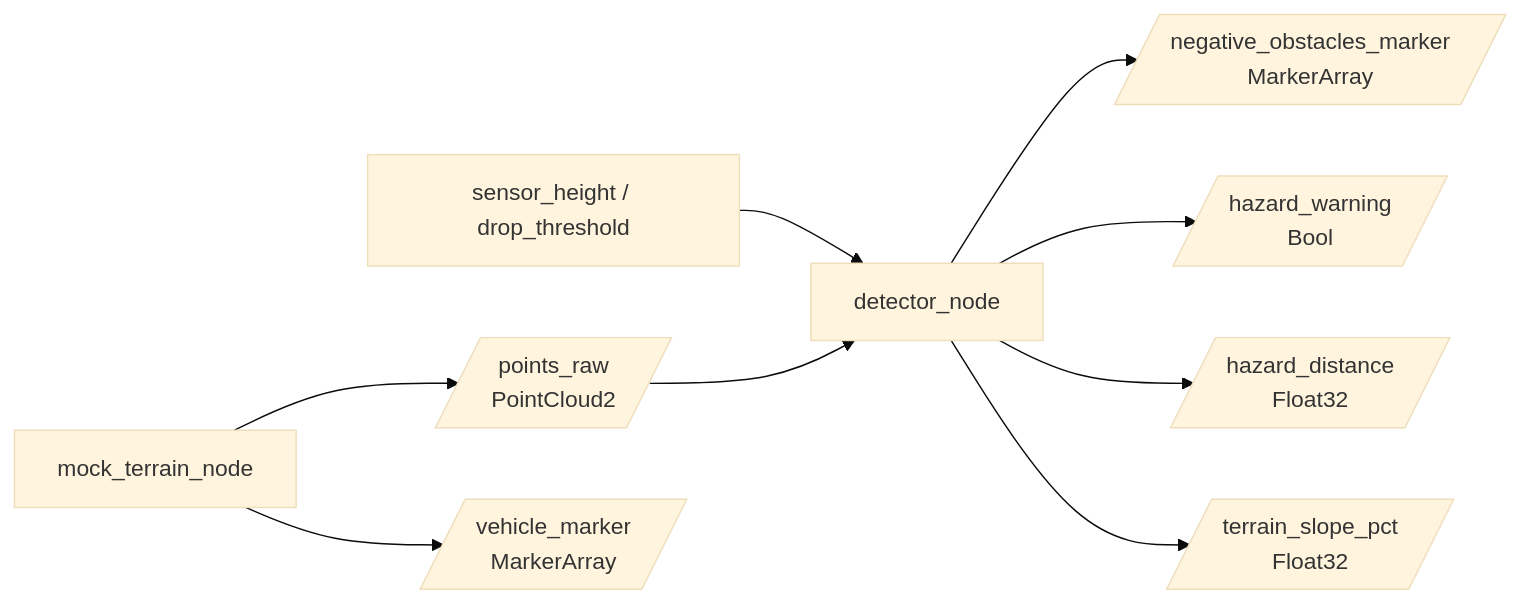
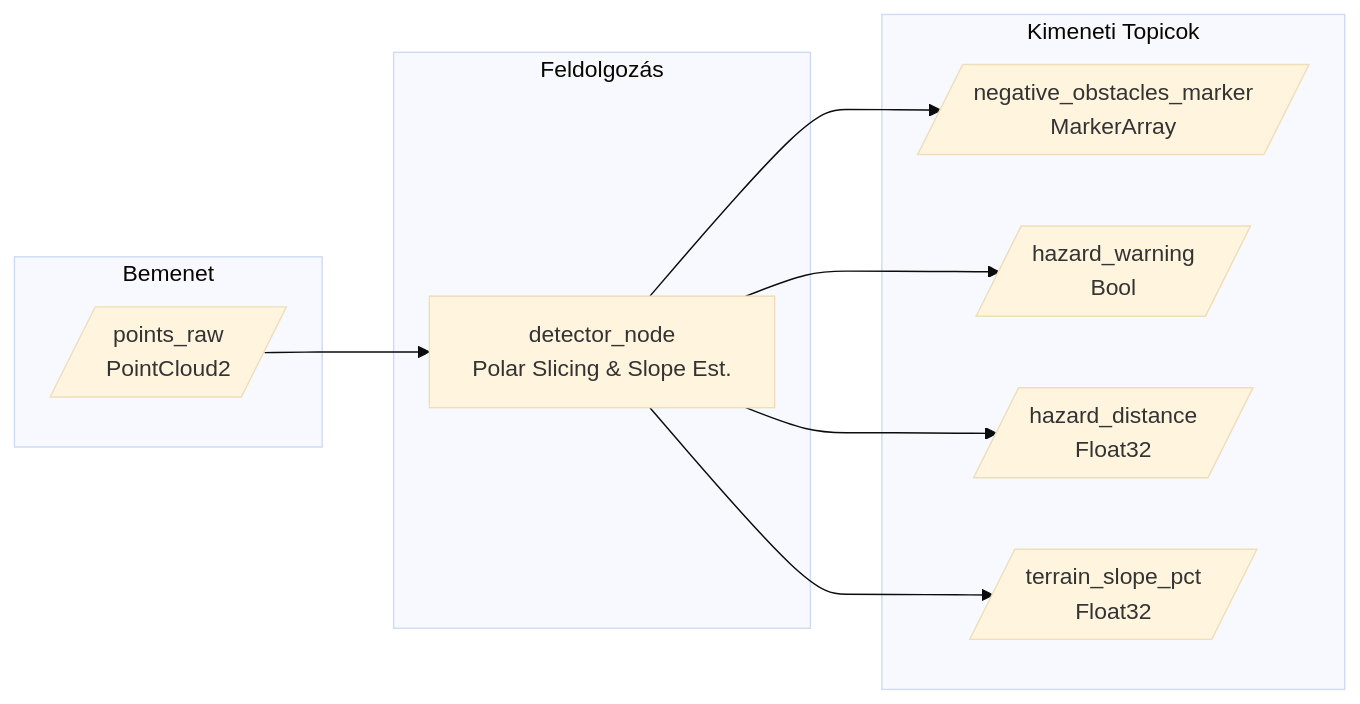
One commit to kiad018/negative_obstacle_detector changed the diagram in README.md. Above: the diagram before and after it, drawn with Mermaid (base theme). The commit also changed other lines of this file, not shown here.

````diff
--- a/README.md
+++ b/README.md
@@ -41,13 +47,19 @@
 ```mermaid
 graph LR
-    P1[sensor_height / drop_threshold] --> D[detector_node]
-    PC[/points_raw<br/>PointCloud2/] --> D
+    subgraph Bemenet
+        PC[/points_raw<br/>PointCloud2/]
+    end
     
-    D --> M[/negative_obstacles_marker<br/>MarkerArray/]
-    D --> W[/hazard_warning<br/>Bool/]
-    D --> DIST[/hazard_distance<br/>Float32/]
-    D --> SLP[/terrain_slope_pct<br/>Float32/]
+    subgraph Feldolgozás
+        D[detector_node<br/>Polar Slicing & Slope Est.]
+    end
     
-    MOCK[mock_terrain_node] --> PC
-    MOCK --> CAR[/vehicle_marker<br/>MarkerArray/]
+    subgraph Kimeneti Topicok
+        D --> M[/negative_obstacles_marker<br/>MarkerArray/]
+        D --> W[/hazard_warning<br/>Bool/]
+        D --> DIST[/hazard_distance<br/>Float32/]
+        D --> SLP[/terrain_slope_pct<br/>Float32/]
+    end
+    
+    PC --> D
 ```
````
